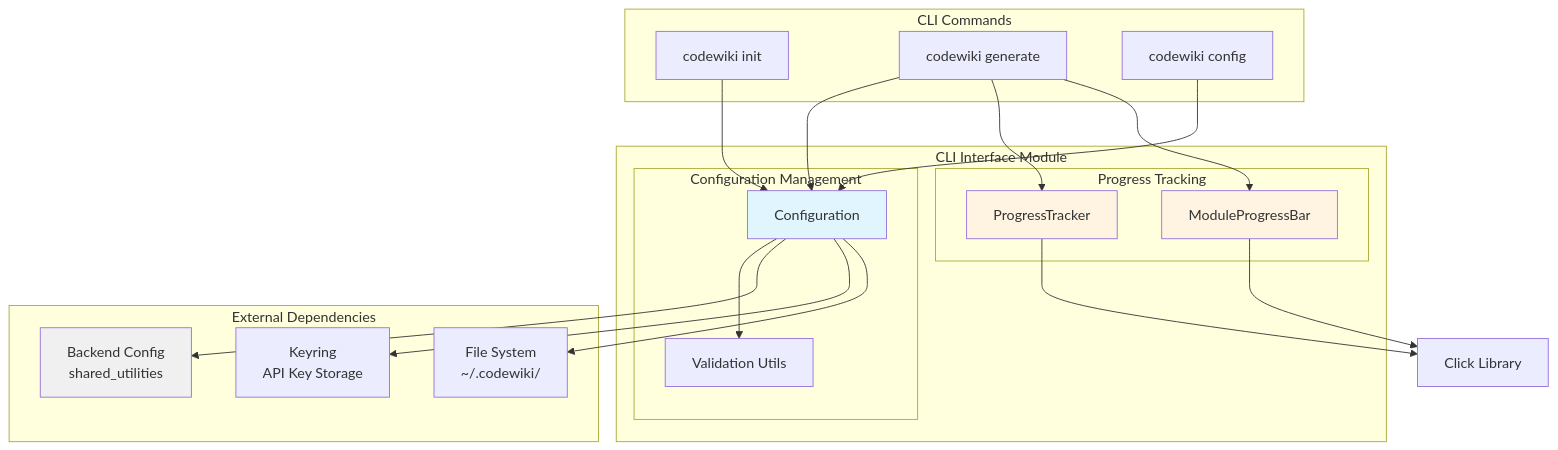
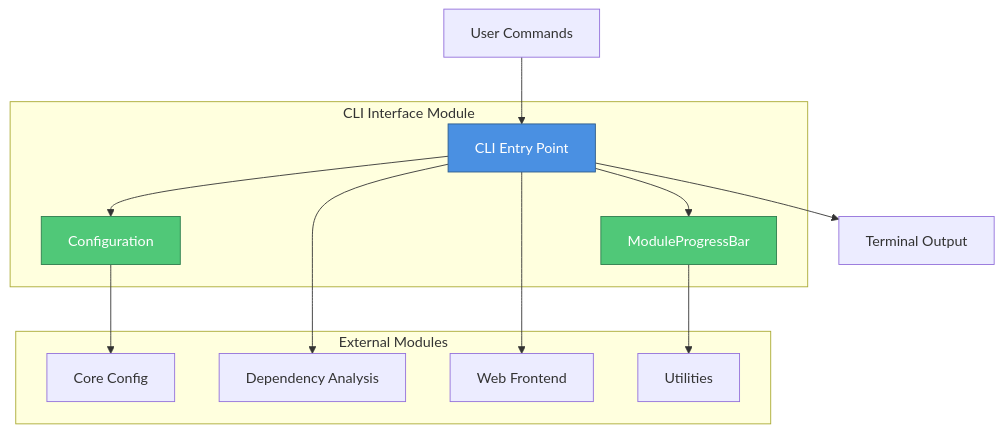
Before and after one commit to lsu123/ai-agent: the first of 17 diagrams in docs/cli_interface.md, drawn with Mermaid. The commit also changed other lines of this file and 10 other files, not shown here.

````diff
--- a/docs/cli_interface.md
+++ b/docs/cli_interface.md
@@ -31,45 +28,30 @@
 ```mermaid
 graph TB
     subgraph "CLI Interface Module"
-        subgraph "Configuration Management"
-            Config[Configuration]
-            Validation[Validation Utils]
-        end
+        CLI[CLI Entry Point]
+        Config[Configuration]
+        Progress[ModuleProgressBar]
         
-        subgraph "Progress Tracking"
-            ProgressTracker[ProgressTracker]
-            ModuleProgressBar[ModuleProgressBar]
-        end
+        CLI --> Config
+        CLI --> Progress
     end
     
-    subgraph "External Dependencies"
-        Backend[Backend Config<br/>shared_utilities]
-        Keyring[Keyring<br/>API Key Storage]
-        FileSystem[File System<br/>~/.codewiki/]
+    subgraph "External Modules"
+        CoreConfig[Core Config]
+        DepAnalysis[Dependency Analysis]
+        WebFE[Web Frontend]
+        Utils[Utilities]
     end
     
-    subgraph "CLI Commands"
-        InitCmd[codewiki init]
-        GenerateCmd[codewiki generate]
-        ConfigCmd[codewiki config]
-    end
+    Config --> CoreConfig
+    CLI --> DepAnalysis
+    CLI --> WebFE
+    Progress --> Utils
     
-    InitCmd --> Config
-    ConfigCmd --> Config
-    GenerateCmd --> Config
-    GenerateCmd --> ProgressTracker
-    GenerateCmd --> ModuleProgressBar
+    User[User Commands] --> CLI
+    CLI --> Output[Terminal Output]
     
-    Config --> Validation
-    Config --> Backend
-    Config --> Keyring
-    Config --> FileSystem
-    
-    ProgressTracker --> Click[Click Library]
-    ModuleProgressBar --> Click
-    
-    style Config fill:#e1f5ff
-    style ProgressTracker fill:#fff4e1
-    style ModuleProgressBar fill:#fff4e1
-    style Backend fill:#f0f0f0
+    style CLI fill:#4A90E2,stroke:#2E5C8A,color:#fff
+    style Config fill:#50C878,stroke:#2E7D4E,color:#fff
+    style Progress fill:#50C878,stroke:#2E7D4E,color:#fff
 ```
````
